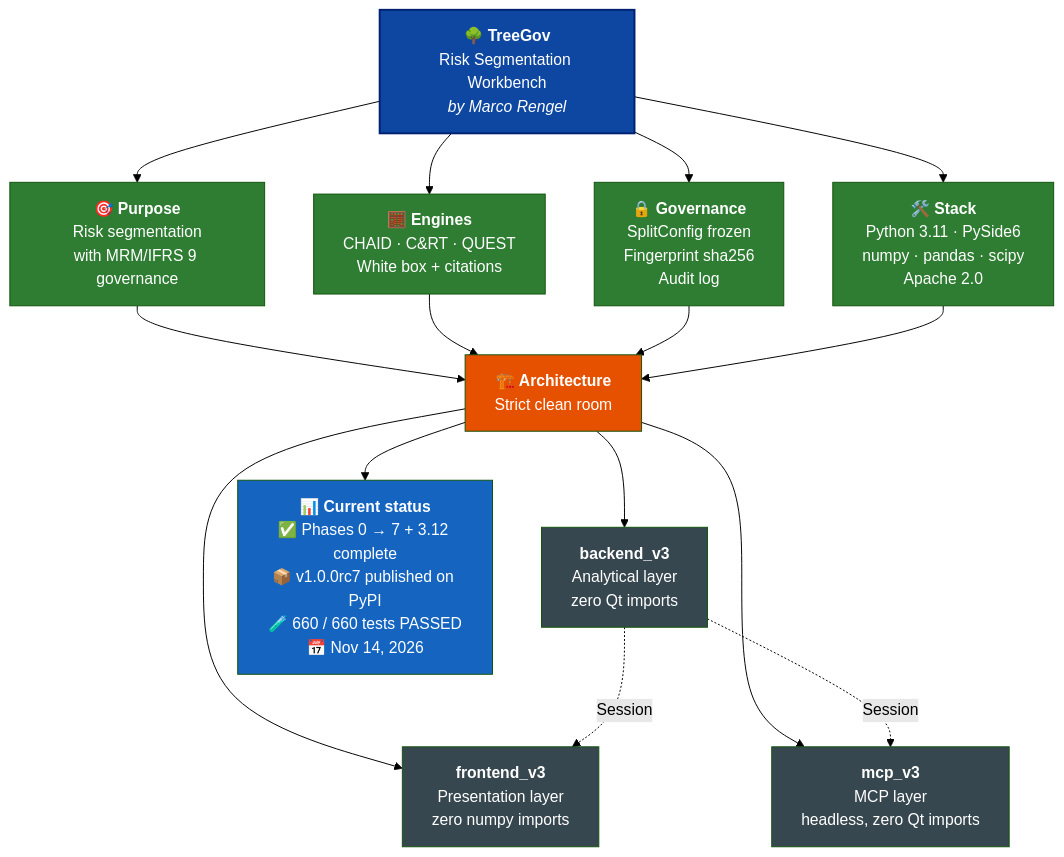
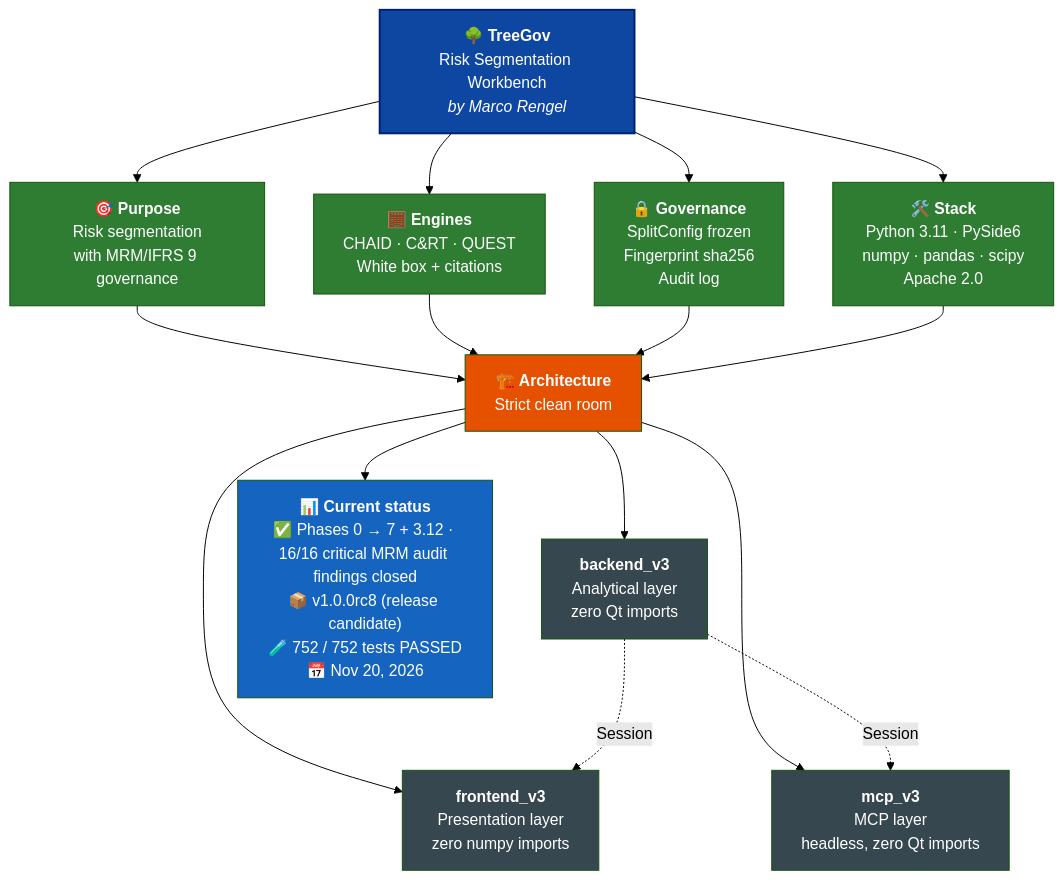
The diagram in README.md (Marco-Rengel/treegov), drawn with Mermaid (forest theme) before and after one commit. The commit also changed other lines of this file and 12 other files, not shown here.

Commit message:
chore(release): sync all 12 docs and bump version to 1.0.0rc8 (Phase 2 MRM closure)

````diff
--- a/README.md
+++ b/README.md
@@ -38,34 +38,34 @@
 ```mermaid
 flowchart TB
     TG["<b>🌳 TreeGov</b><br/>Risk Segmentation Workbench<br/><i>by Marco Rengel</i>"]
 
     TG --> P["<b>🎯 Purpose</b><br/>Risk segmentation<br/>with MRM/IFRS 9 governance"]
     TG --> M["<b>🧮 Engines</b><br/>CHAID · C&RT · QUEST<br/>White box + citations"]
     TG --> G["<b>🔒 Governance</b><br/>SplitConfig frozen<br/>Fingerprint sha256<br/>Audit log"]
     TG --> S["<b>🛠️ Stack</b><br/>Python 3.11 · PySide6<br/>numpy · pandas · scipy<br/>Apache 2.0"]
 
     P --> ARQ["<b>🏗️ Architecture</b><br/>Strict clean room"]
     M --> ARQ
     G --> ARQ
     S --> ARQ
 
     ARQ --> BE["<b>backend_v3</b><br/>Analytical layer<br/>zero Qt imports"]
     ARQ --> FE["<b>frontend_v3</b><br/>Presentation layer<br/>zero numpy imports"]
     ARQ --> MC["<b>mcp_v3</b><br/>MCP layer<br/>headless, zero Qt imports"]
 
     BE -.->|Session| FE
     BE -.->|Session| MC
 
-    ARQ --> ST["<b>📊 Current status</b><br/>✅ Phases 0 → 7 + 3.12 complete<br/>📦 v1.0.0rc7 published on PyPI<br/>🧪 660 / 660 tests PASSED<br/>📅 Nov 14, 2026"]
+    ARQ --> ST["<b>📊 Current status</b><br/>✅ Phases 0 → 7 + 3.12 · 16/16 critical MRM audit findings closed<br/>📦 v1.0.0rc8 (release candidate)<br/>🧪 752 / 752 tests PASSED<br/>📅 Nov 20, 2026"]
 
     style TG fill:#0D47A1,color:#fff,stroke:#002171,stroke-width:2px
     style P fill:#2E7D32,color:#fff
     style M fill:#2E7D32,color:#fff
     style G fill:#2E7D32,color:#fff
     style S fill:#2E7D32,color:#fff
     style ARQ fill:#E65100,color:#fff
     style BE fill:#37474F,color:#fff
     style FE fill:#37474F,color:#fff
     style MC fill:#37474F,color:#fff
     style ST fill:#1565C0,color:#fff
 ```
````
